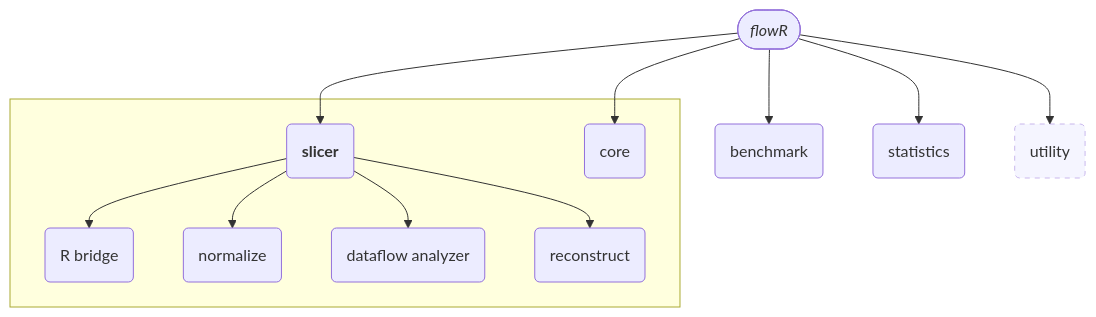
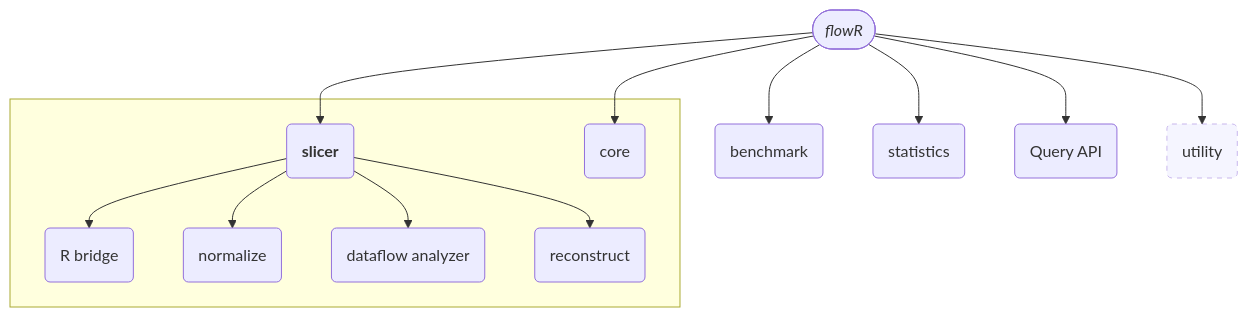
One commit to flowr-analysis/flowr changed the diagram in wiki/Overview.md. Above: the diagram before and after it, drawn with Mermaid. The commit also changed other lines of this file, not shown here.

Commit message:
doc: clean up overview

````diff
--- a/wiki/Overview.md
+++ b/wiki/Overview.md
@@ -19,30 +19,20 @@
 ```mermaid
 flowchart TD
    root([<i>flowR</i>])
 
    root --> slice(<b>slicer</b>)
    subgraph " "
    slice --> rb(R bridge)
    slice --> norm(normalize)
    slice --> da(dataflow analyzer)
    slice --> rc(reconstruct)
    core(core)
    end
    root --> core(core)
    root --> benchmark(benchmark)
    root --> stat(statistics)
+   root --> queryapi(Query API)
    root --> utility(utility)
 
    style utility stroke-dasharray: 5 5,opacity:0.5;
-
-   click root href "https://github.com/flowr-analysis/flowr/" "Jump to the Repository"
-   click rb href "https://github.com/flowr-analysis/flowr/tree/main/src/r-bridge/shell.ts" "Jump to the Implementation"
-   click norm href "https://github.com/flowr-analysis/flowr/tree/main/src/r-bridge/lang%3A4.x/ast/parser/xml" "Jump to the Implementation"
-   click da href "https://github.com/flowr-analysis/flowr/tree/main/src/dataflow" "Jump to the Implementation"
-   click slice href "https://github.com/flowr-analysis/flowr/tree/main/src/slicing" "Jump to the Implementation"
-   click rc href "https://github.com/flowr-analysis/flowr/blob/main/src/reconstruct/reconstruct.ts" "Jump to the Implementation"
-   click core href "https://github.com/flowr-analysis/flowr/blob/main/src/core" "Jump to the Implementation"
-   click benchmark href "https://github.com/flowr-analysis/flowr/tree/main/benchmark/src" "Jump to the Implementation"
-   click stat href "https://github.com/flowr-analysis/flowr/tree/main/statistics/src" "Jump to the Implementation"
-   click utility href "https://github.com/flowr-analysis/flowr/tree/main/src/util" "Jump to the Implementation"
 ```
````
